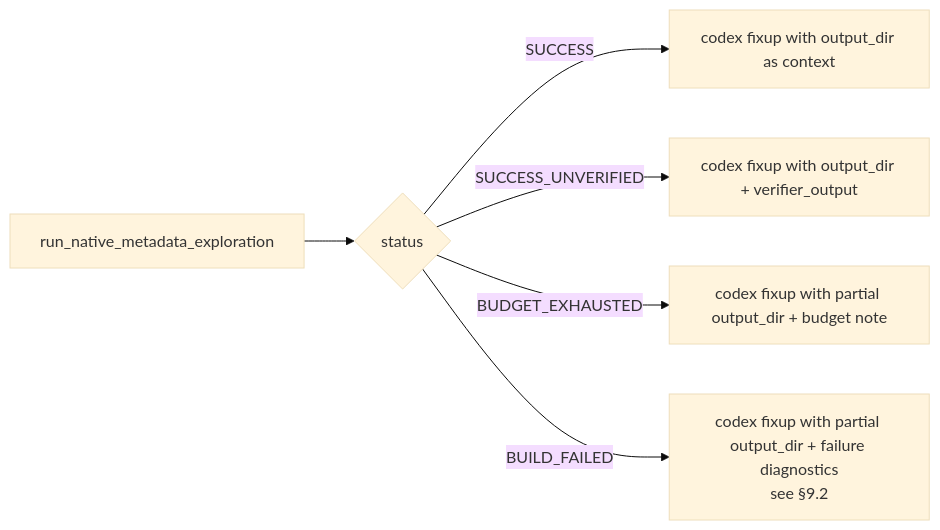
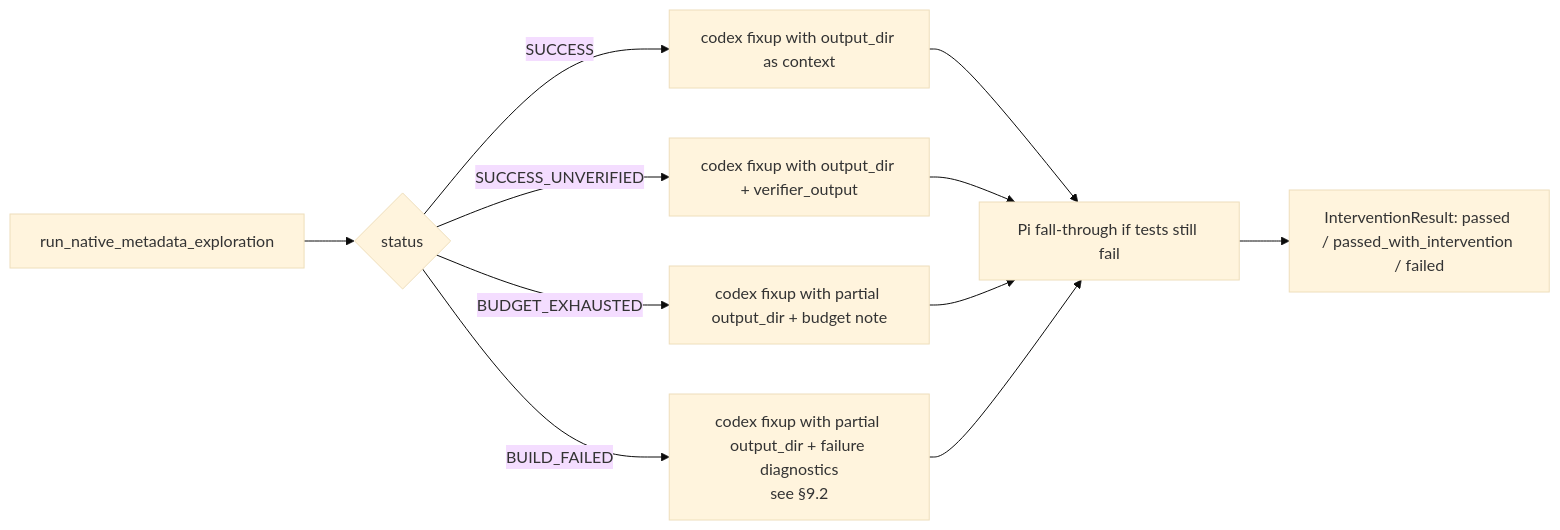
The second of 2 diagrams in forge/docs/native-metadata-exploration.md (oracle/graalvm-reachability-metadata), drawn with Mermaid (base theme) before and after one commit. The commit also changed other lines of this file and 3 other files, not shown here.

````diff
--- a/forge/docs/native-metadata-exploration.md
+++ b/forge/docs/native-metadata-exploration.md
@@ -455,8 +493,13 @@
 ```mermaid
 flowchart LR
     Explore[run_native_metadata_exploration] --> Status{status}
     Status -- "SUCCESS" --> CodexCtx[codex fixup with output_dir as context]
     Status -- "SUCCESS_UNVERIFIED" --> CodexCtx2[codex fixup with output_dir + verifier_output]
     Status -- "BUDGET_EXHAUSTED" --> CodexCtx3[codex fixup with partial output_dir + budget note]
     Status -- "BUILD_FAILED" --> CodexFail[codex fixup with partial output_dir + failure diagnostics<br/>see §9.2]
+    CodexCtx --> PiFall[Pi fall-through if tests still fail]
+    CodexCtx2 --> PiFall
+    CodexCtx3 --> PiFall
+    CodexFail --> PiFall
+    PiFall --> Result[InterventionResult: passed / passed_with_intervention / failed]
 ```
````
